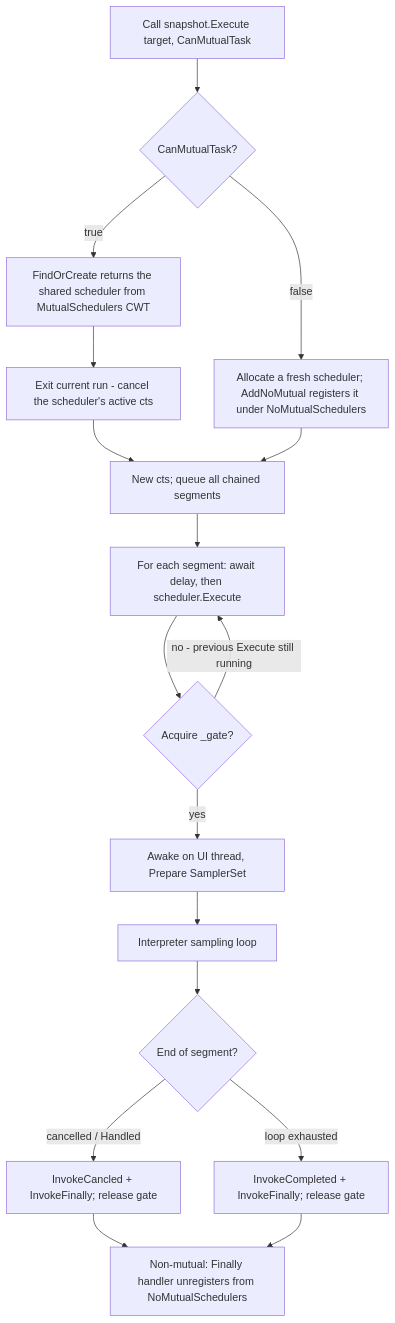
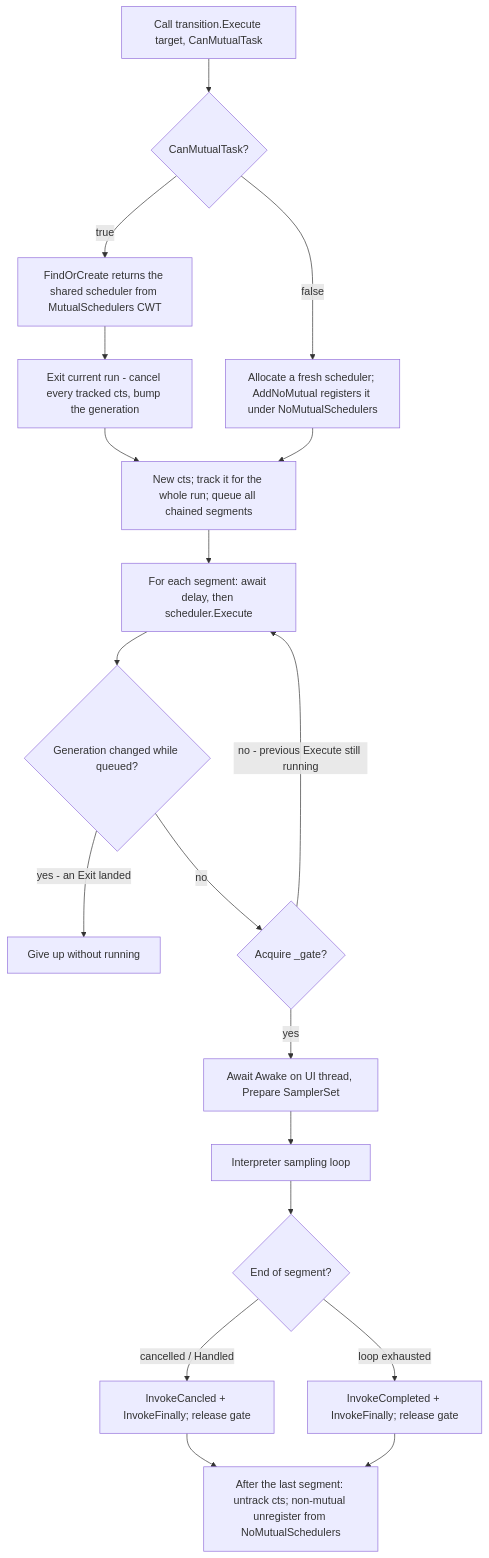
One commit to Axvser/VeloxDev.Docs changed the fourth of 4 diagrams in src/CloudGlyph/Assets/Docs/content/en/3_SE_Analysis/03_data-flow/03_transition/index.md. Above: the diagram before and after it, drawn with Mermaid. The commit also changed other lines of this file and 54 other files, not shown here.

````diff
--- a/src/CloudGlyph/Assets/Docs/content/en/3_SE_Analysis/03_data-flow/03_transition/index.md
+++ b/src/CloudGlyph/Assets/Docs/content/en/3_SE_Analysis/03_data-flow/03_transition/index.md
@@ -179,19 +179,21 @@
 ```mermaid
 flowchart TD
-    A[Call snapshot.Execute target, CanMutualTask] --> B{CanMutualTask?}
+    A[Call transition.Execute target, CanMutualTask] --> B{CanMutualTask?}
     B -->|true| C[FindOrCreate returns the shared scheduler from MutualSchedulers CWT]
-    C --> D[Exit current run - cancel the scheduler's active cts]
-    D --> E[New cts; queue all chained segments]
+    C --> D[Exit current run - cancel every tracked cts, bump the generation]
+    D --> E[New cts; track it for the whole run; queue all chained segments]
     B -->|false| F[Allocate a fresh scheduler; AddNoMutual registers it under NoMutualSchedulers]
     F --> E
     E --> G[For each segment: await delay, then scheduler.Execute]
-    G --> H{Acquire _gate?}
+    G --> G2{Generation changed while queued?}
+    G2 -->|yes - an Exit landed| Z[Give up without running]
+    G2 -->|no| H{Acquire _gate?}
     H -->|no - previous Execute still running| G
-    H -->|yes| I[Awake on UI thread, Prepare SamplerSet]
+    H -->|yes| I[Await Awake on UI thread, Prepare SamplerSet]
     I --> J[Interpreter sampling loop]
     J --> K{End of segment?}
     K -->|cancelled / Handled| L[InvokeCancled + InvokeFinally; release gate]
     K -->|loop exhausted| M[InvokeCompleted + InvokeFinally; release gate]
-    L --> N[Non-mutual: Finally handler unregisters from NoMutualSchedulers]
+    L --> N[After the last segment: untrack cts; non-mutual unregister from NoMutualSchedulers]
     M --> N
 ```
````
